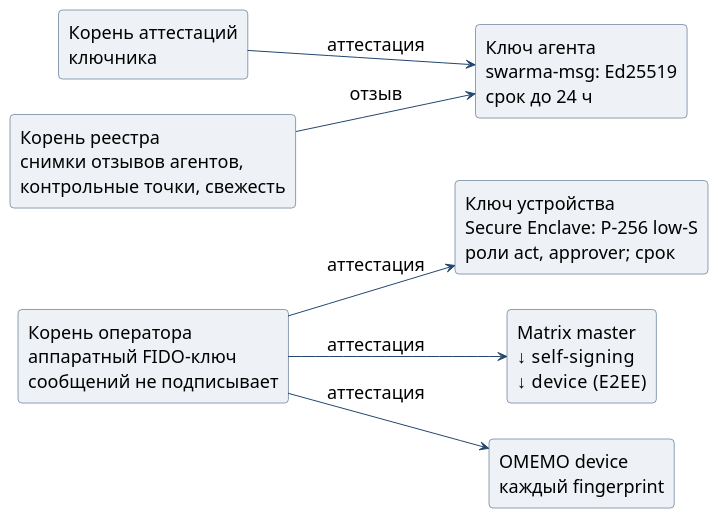
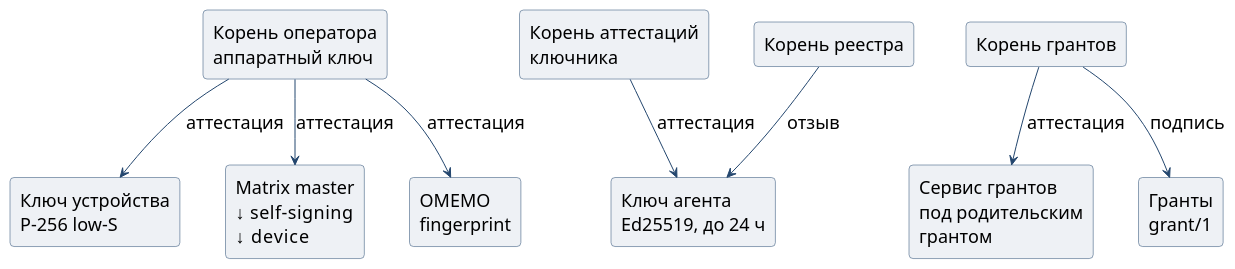
The diagram in editorial/notes/signing-auth/src/trust-chain.puml (relux-works/swarma-docs), drawn with PlantUML before and after one commit. The commit also changed 14 other files, not shown here.

```diff
--- a/editorial/notes/signing-auth/src/trust-chain.puml
+++ b/editorial/notes/signing-auth/src/trust-chain.puml
@@ -1,22 +1,28 @@
 @startuml
-left to right direction
+top to bottom direction
 skinparam defaultFontName PT Sans
 skinparam defaultFontSize 18
 skinparam shadowing false
 skinparam roundcorner 8
+skinparam nodesep 45
 skinparam ArrowColor #23466e
 skinparam rectangleBackgroundColor #eef1f5
 skinparam rectangleBorderColor #23466e
-rectangle "Корень оператора\nаппаратный FIDO-ключ\nсообщений не подписывает" as root
-rectangle "Ключ устройства\nSecure Enclave: P-256 low-S\nроли act, approver; срок" as device
-rectangle "Matrix master\n↓ self-signing\n↓ device (E2EE)" as master
-rectangle "OMEMO device\nкаждый fingerprint" as xmpp
+rectangle "Корень оператора\nаппаратный ключ" as root
 rectangle "Корень аттестаций\nключника" as km
-rectangle "Ключ агента\nswarma-msg: Ed25519\nсрок до 24 ч" as agent
-rectangle "Корень реестра\nснимки отзывов агентов,\nконтрольные точки, свежесть" as registry
+rectangle "Корень реестра" as registry
+rectangle "Корень грантов" as grantroot
+rectangle "Ключ устройства\nP-256 low-S" as device
+rectangle "Matrix master\n↓ self-signing\n↓ device" as master
+rectangle "OMEMO\nfingerprint" as xmpp
+rectangle "Ключ агента\nEd25519, до 24 ч" as agent
+rectangle "Сервис грантов\nпод родительским\nгрантом" as grantsvc
+rectangle "Гранты\ngrant/1" as grants
 root --> device : аттестация
 root --> master : аттестация
 root --> xmpp : аттестация
 km --> agent : аттестация
 registry --> agent : отзыв
+grantroot --> grantsvc : аттестация
+grantroot --> grants : подпись
 @enduml
```
